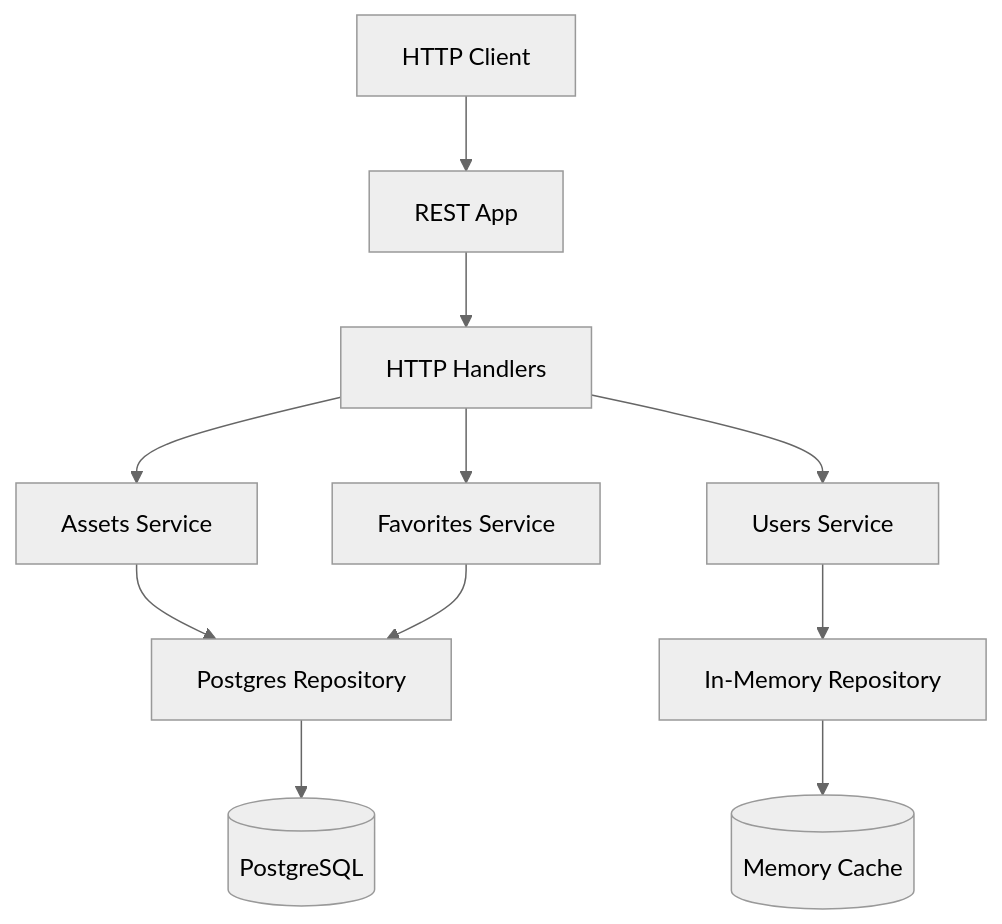
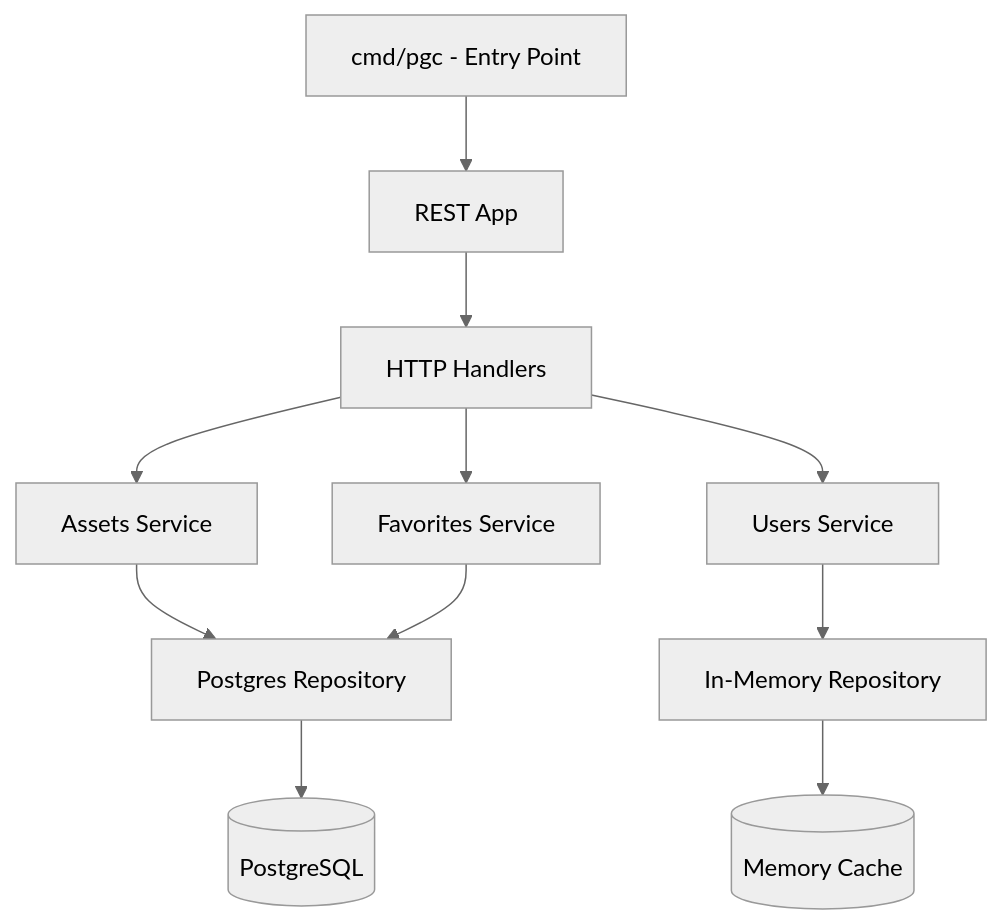
Before and after one commit to alesr/platform-go-challenge: the diagram in README.md, drawn with Mermaid (neutral theme).

````diff
--- a/README.md
+++ b/README.md
@@ -124,13 +124,13 @@
 ```mermaid
 graph TB
-    Client[HTTP Client] --> RApp[REST App]
+    Main[cmd/pgc - Entry Point] --> RApp[REST App]
     RApp --> Handlers[HTTP Handlers]
     Handlers --> AService[Assets Service]
     Handlers --> UService[Users Service]
     Handlers --> FService[Favorites Service]
     AService --> PgRepo[Postgres Repository]
     UService --> InMemRepo[In-Memory Repository]
     FService --> PgRepo
     PgRepo --> DB[(PostgreSQL)]
     InMemRepo --> Cache[(Memory Cache)]
 ```
````
